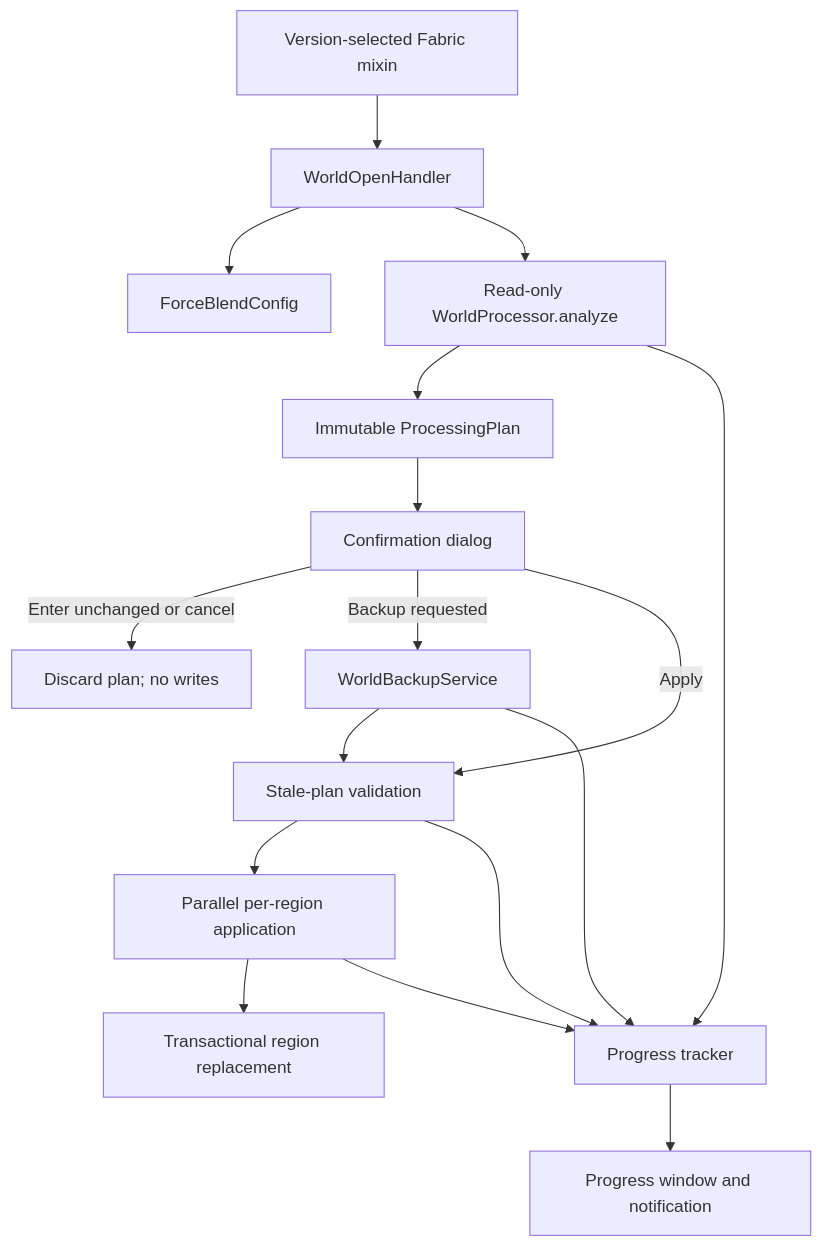
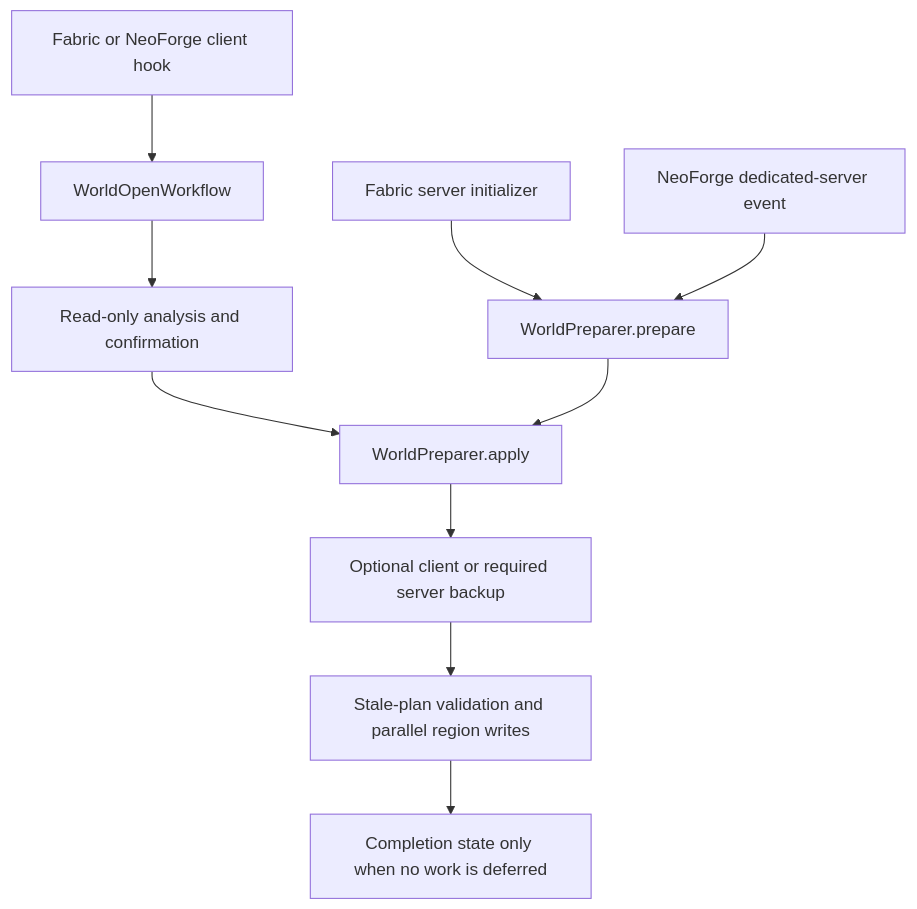
The diagram in docs/ARCHITECTURE.md (Mauro0805/ForceBlend), drawn with Mermaid before and after one commit. The commit also changed other lines of this file and 120 other files, not shown here.

````diff
--- a/docs/ARCHITECTURE.md
+++ b/docs/ARCHITECTURE.md
@@ -8,19 +11,12 @@
 ```mermaid
 flowchart TD
-    A["Version-selected Fabric mixin"] --> B["WorldOpenHandler"]
-    B --> C["ForceBlendConfig"]
-    B --> D["Read-only WorldProcessor.analyze"]
-    D --> E["Immutable ProcessingPlan"]
-    E --> F["Confirmation dialog"]
-    F -->|"Enter unchanged or cancel"| G["Discard plan; no writes"]
-    F -->|"Backup requested"| H["WorldBackupService"]
-    F -->|"Apply"| I["Stale-plan validation"]
-    H --> I
-    I --> J["Parallel per-region application"]
-    J --> K["Transactional region replacement"]
-    D --> L["Progress tracker"]
-    I --> L
-    J --> L
-    H --> L
-    L --> M["Progress window and notification"]
+    A["Fabric or NeoForge client hook"] --> B["WorldOpenWorkflow"]
+    C["Fabric server initializer"] --> D["WorldPreparer.prepare"]
+    E["NeoForge dedicated-server event"] --> D
+    B --> F["Read-only analysis and confirmation"]
+    F --> G["WorldPreparer.apply"]
+    D --> G
+    G --> H["Optional client or required server backup"]
+    H --> I["Stale-plan validation and parallel region writes"]
+    I --> J["Completion state only when no work is deferred"]
 ```
````
